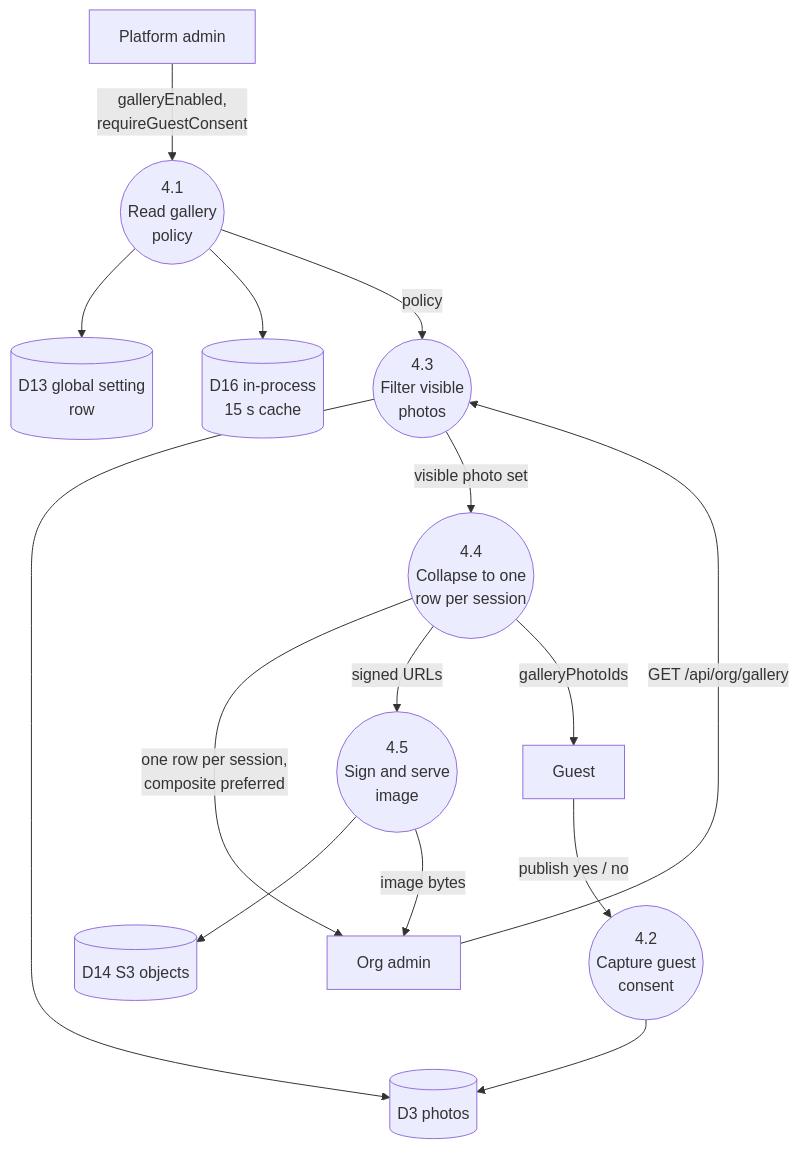
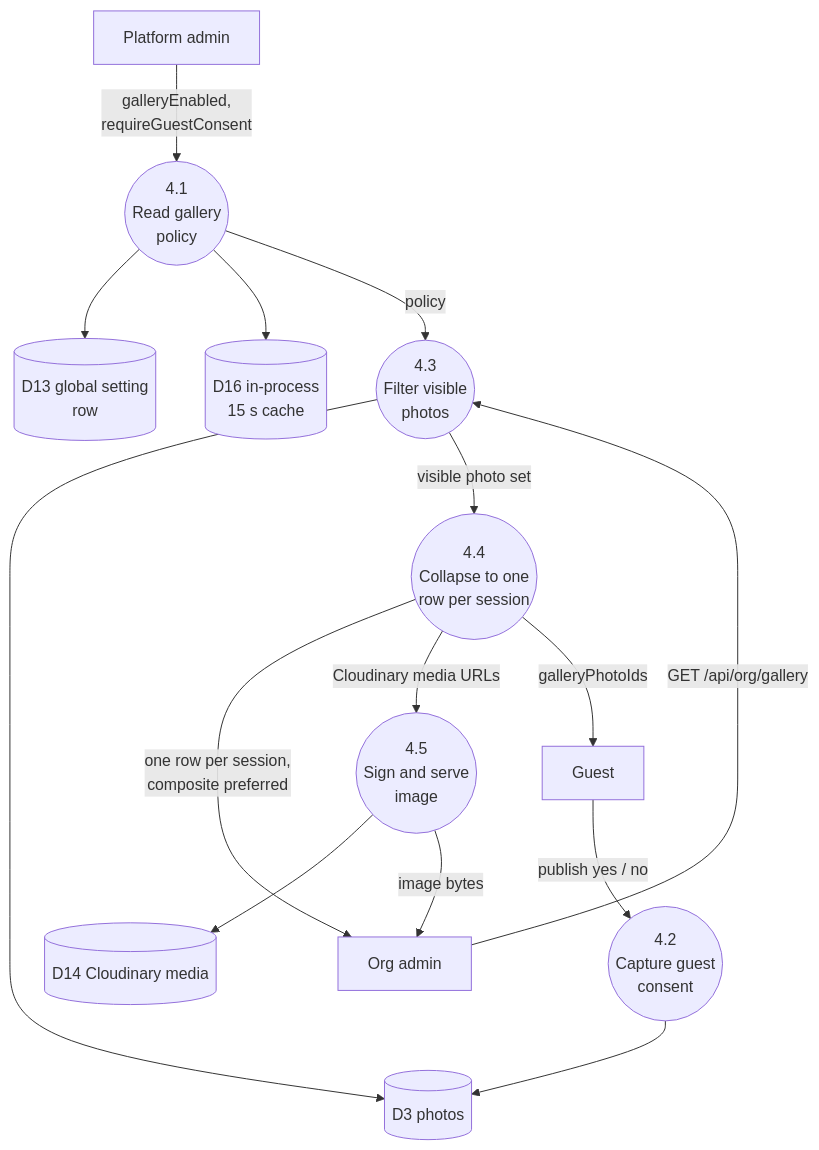
One commit to Krishna-Vineet/local changed diagram 14 of 29 in docs/DIAGRAMS.md. Above: the diagram before and after it, drawn with Mermaid. The commit also changed other lines of this file and 38 other files, not shown here.

````diff
--- a/docs/DIAGRAMS.md
+++ b/docs/DIAGRAMS.md
@@ -1203,30 +1208,30 @@
 ```mermaid
 flowchart TB
   E1["Platform admin"]
   E2["Org admin"]
   E3["Guest"]
   P41(("4.1<br/>Read gallery<br/>policy"))
   P42(("4.2<br/>Capture guest<br/>consent"))
   P43(("4.3<br/>Filter visible<br/>photos"))
   P44(("4.4<br/>Collapse to one<br/>row per session"))
   P45(("4.5<br/>Sign and serve<br/>image"))
   D13[("D13 global setting<br/>row")]
   D3[("D3 photos")]
-  D14[("D14 S3 objects")]
+  D14[("D14 Cloudinary media")]
   D16[("D16 in-process<br/>15 s cache")]
 
   E1 -->|"galleryEnabled,<br/>requireGuestConsent"| P41
   P41 --> D13
   P41 --> D16
   P41 -->|"policy"| P43
   E3 -->|"publish yes / no"| P42
   P42 --> D3
   P43 --> D3
   P43 -->|"visible photo set"| P44
   P44 -->|"one row per session,<br/>composite preferred"| E2
   E2 -->|"GET /api/org/gallery"| P43
-  P44 -->|"signed URLs"| P45
+  P44 -->|"Cloudinary media URLs"| P45
   P45 --> D14
   P45 -->|"image bytes"| E2
   P44 -->|"galleryPhotoIds"| E3
 ```
````
